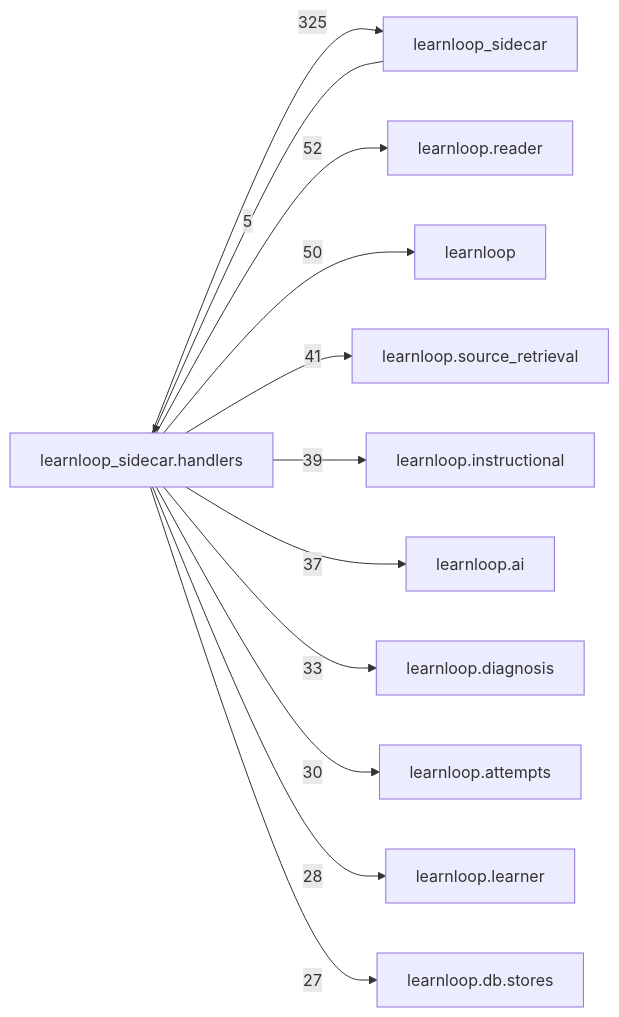
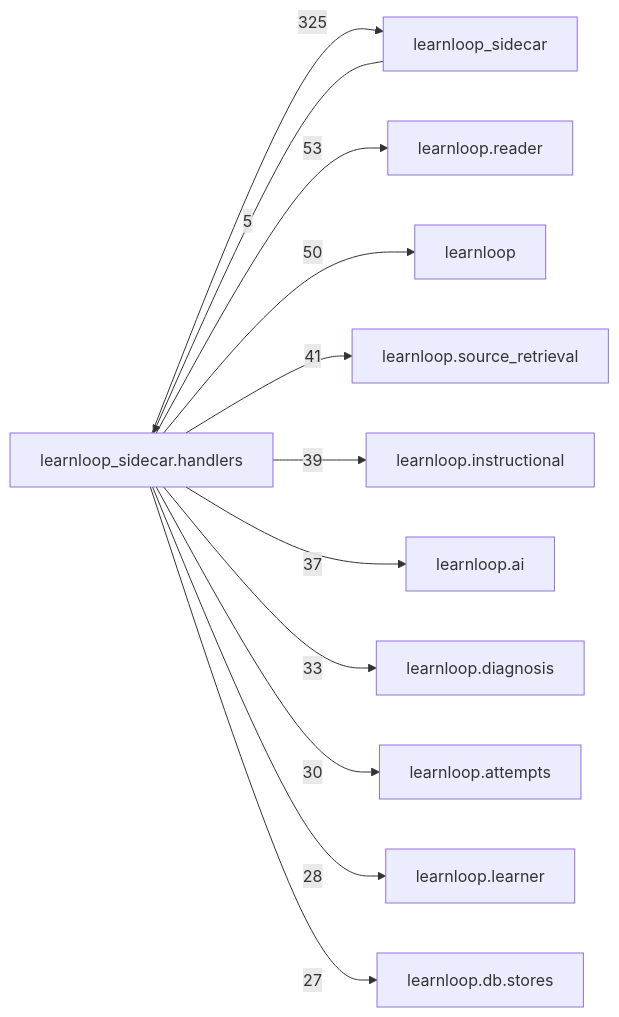
One commit to 6up-b/learnanything changed the diagram in docs/learnloop-architecture-vault/Reference/Modules/learnloop_sidecar/handlers/_package.md. Above: the diagram before and after it, drawn with Mermaid. The commit also changed other lines of this file and 29 other files, not shown here.

````diff
--- a/docs/learnloop-architecture-vault/Reference/Modules/learnloop_sidecar/handlers/_package.md
+++ b/docs/learnloop-architecture-vault/Reference/Modules/learnloop_sidecar/handlers/_package.md
@@ -260,25 +260,25 @@
 ```mermaid
 flowchart LR
     center["learnloop_sidecar.handlers"]
     n_learnloop_sidecar["learnloop_sidecar"]
     n_learnloop_reader["learnloop.reader"]
     n_learnloop["learnloop"]
     n_learnloop_source_retrieval["learnloop.source_retrieval"]
     n_learnloop_instructional["learnloop.instructional"]
     n_learnloop_ai["learnloop.ai"]
     n_learnloop_diagnosis["learnloop.diagnosis"]
     n_learnloop_attempts["learnloop.attempts"]
     n_learnloop_learner["learnloop.learner"]
     n_learnloop_db_stores["learnloop.db.stores"]
     n_learnloop_sidecar -->|5| center
     center -->|325| n_learnloop_sidecar
-    center -->|52| n_learnloop_reader
+    center -->|53| n_learnloop_reader
     center -->|50| n_learnloop
     center -->|41| n_learnloop_source_retrieval
     center -->|39| n_learnloop_instructional
     center -->|37| n_learnloop_ai
     center -->|33| n_learnloop_diagnosis
     center -->|30| n_learnloop_attempts
     center -->|28| n_learnloop_learner
     center -->|27| n_learnloop_db_stores
 ```
````
